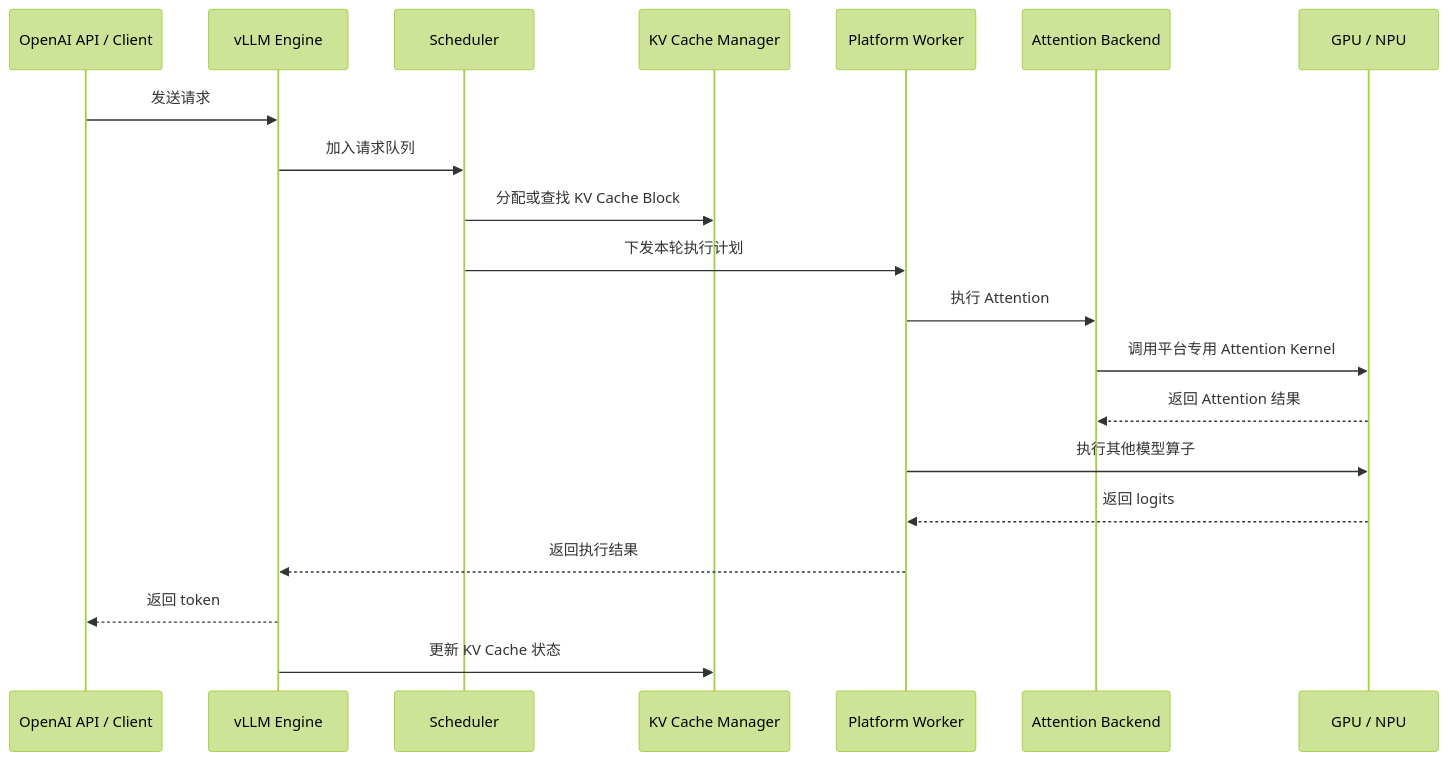
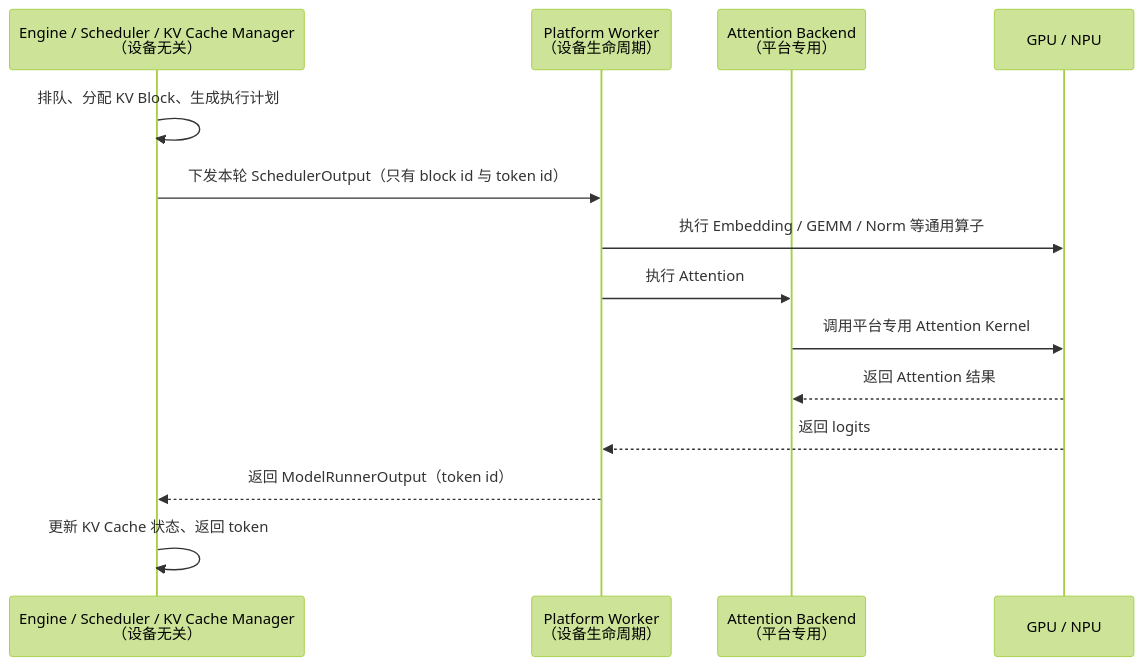
The sixth of 6 diagrams in _posts/2026-08-27-hardware-abstraction-and-portability.md (arganzheng/arganzheng.github.com), drawn with Mermaid (forest theme) before and after one commit. The commit also changed other lines of this file and 61 other files, not shown here.

Commit message:
补充图片

````diff
--- a/_posts/2026-08-27-hardware-abstraction-and-portability.md
+++ b/_posts/2026-08-27-hardware-abstraction-and-portability.md
@@ -946,23 +981,17 @@
 ```mermaid
 sequenceDiagram
-    participant API as OpenAI API / Client
-    participant Engine as vLLM Engine
-    participant Scheduler as Scheduler
-    participant Cache as KV Cache Manager
-    participant Worker as Platform Worker
-    participant Attn as Attention Backend
+    participant Core as Engine / Scheduler / KV Cache Manager<br/>（设备无关）
+    participant Worker as Platform Worker<br/>（设备生命周期）
+    participant Attn as Attention Backend<br/>（平台专用）
     participant Device as GPU / NPU
 
-    API->>Engine: 发送请求
-    Engine->>Scheduler: 加入请求队列
-    Scheduler->>Cache: 分配或查找 KV Cache Block
-    Scheduler->>Worker: 下发本轮执行计划
+    Core->>Core: 排队、分配 KV Block、生成执行计划
+    Core->>Worker: 下发本轮 SchedulerOutput（只有 block id 与 token id）
+    Worker->>Device: 执行 Embedding / GEMM / Norm 等通用算子
     Worker->>Attn: 执行 Attention
     Attn->>Device: 调用平台专用 Attention Kernel
     Device-->>Attn: 返回 Attention 结果
-    Worker->>Device: 执行其他模型算子
     Device-->>Worker: 返回 logits
-    Worker-->>Engine: 返回执行结果
-    Engine-->>API: 返回 token
-    Engine->>Cache: 更新 KV Cache 状态
+    Worker-->>Core: 返回 ModelRunnerOutput（token id）
+    Core->>Core: 更新 KV Cache 状态、返回 token
 ```
````
